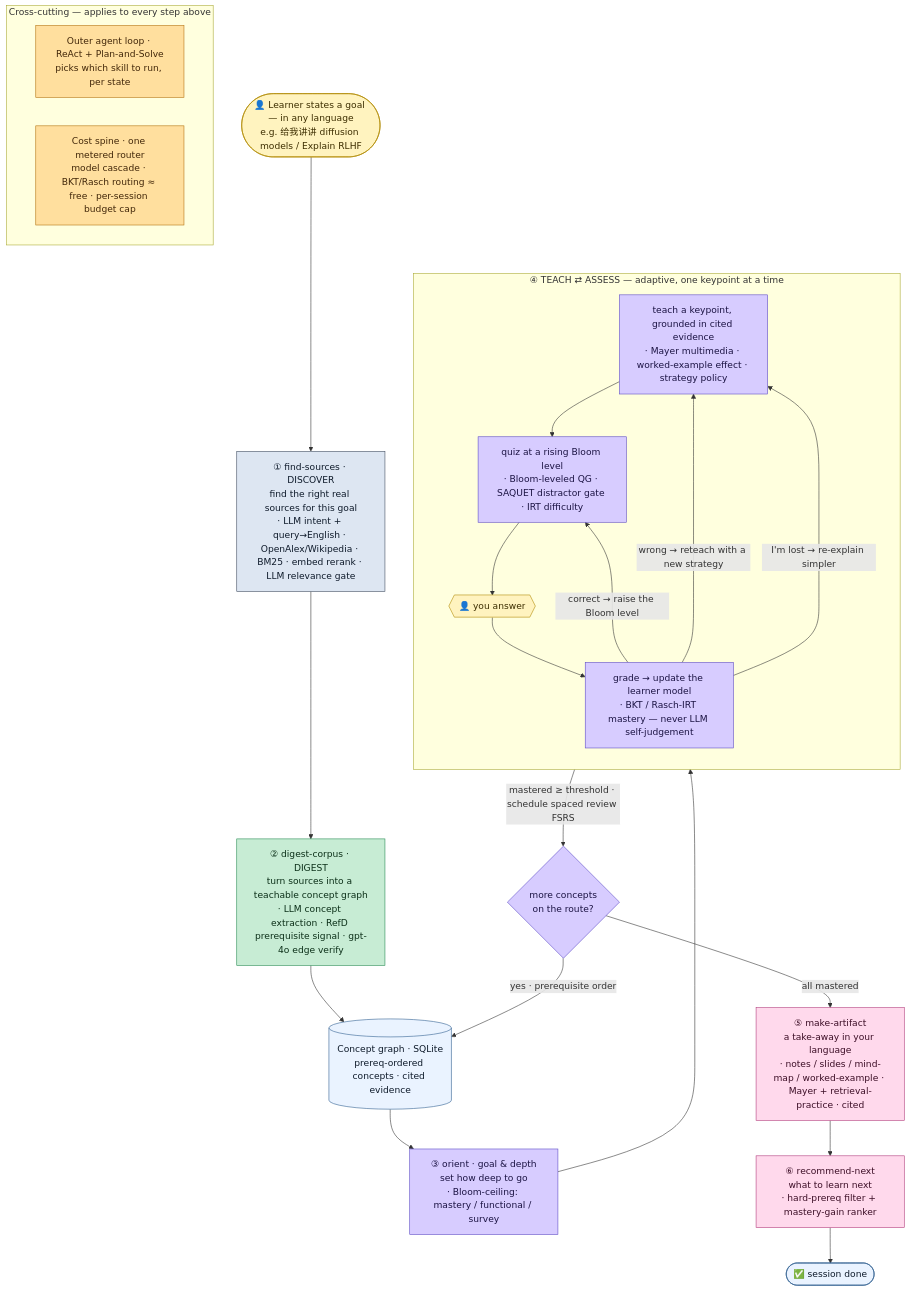
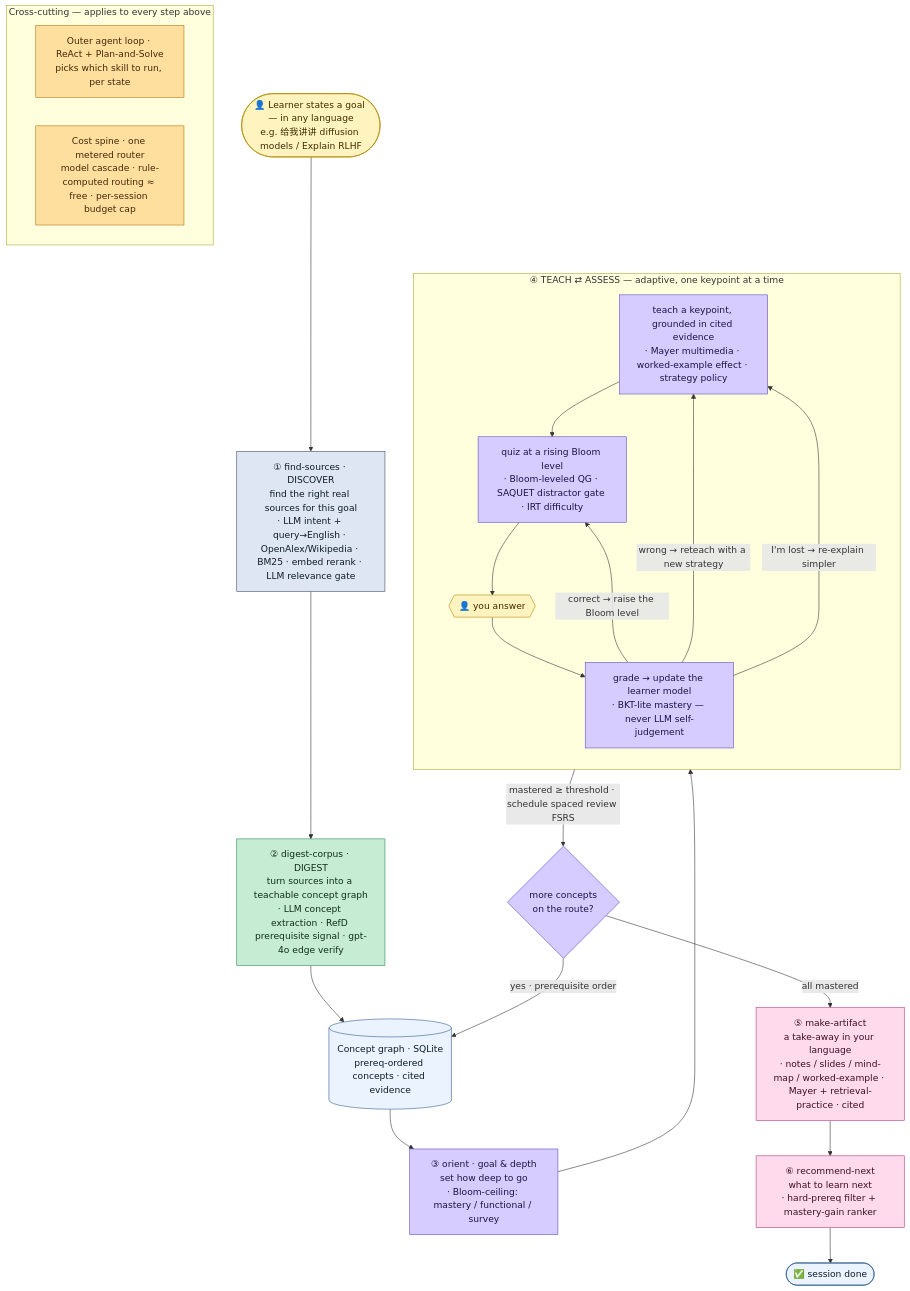
Before and after one commit to The-Architect-3906/LitNavigator: the diagram in docs/RESEARCH-AND-SPEC.md, drawn with Mermaid. The commit also changed other lines of this file and 3 other files, not shown here.

````diff
--- a/docs/RESEARCH-AND-SPEC.md
+++ b/docs/RESEARCH-AND-SPEC.md
@@ -58,46 +58,46 @@
 ```mermaid
 flowchart TD
     U(["👤 Learner states a goal — in any language<br/>e.g. 给我讲讲 diffusion models / Explain RLHF"])
 
     U --> S1["① find-sources · DISCOVER<br/>find the right real sources for this goal<br/>· LLM intent + query→English · OpenAlex/Wikipedia · BM25 · embed rerank · LLM relevance gate"]
     S1 --> S2["② digest-corpus · DIGEST<br/>turn sources into a teachable concept graph<br/>· LLM concept extraction · RefD prerequisite signal · gpt-4o edge verify"]
     S2 --> CG[("Concept graph · SQLite<br/>prereq-ordered concepts · cited evidence")]
     CG --> S3["③ orient · goal & depth<br/>set how deep to go<br/>· Bloom-ceiling: mastery / functional / survey"]
 
     S3 --> LOOP
     subgraph LOOP ["④ TEACH ⇄ ASSESS — adaptive, one keypoint at a time"]
       direction TB
       T["teach a keypoint, grounded in cited evidence<br/>· Mayer multimedia · worked-example effect · strategy policy"]
       Q["quiz at a rising Bloom level<br/>· Bloom-leveled QG · SAQUET distractor gate · IRT difficulty"]
       A{{"👤 you answer"}}
-      G["grade → update the learner model<br/>· BKT / Rasch-IRT mastery — never LLM self-judgement"]
+      G["grade → update the learner model<br/>· BKT-lite mastery — never LLM self-judgement"]
       T --> Q --> A --> G
       G -->|wrong → reteach with a new strategy| T
       G -->|"I'm lost → re-explain simpler"| T
       G -->|correct → raise the Bloom level| Q
     end
     LOOP -->|mastered ≥ threshold · schedule spaced review FSRS| NX{more concepts<br/>on the route?}
     NX -->|yes · prerequisite order| CG
     NX -->|all mastered| S5
 
     S5["⑤ make-artifact<br/>a take-away in your language<br/>· notes / slides / mind-map / worked-example · Mayer + retrieval-practice · cited"]
     S5 --> S6["⑥ recommend-next<br/>what to learn next<br/>· hard-prereq filter + mastery-gain ranker"]
     S6 --> DONE(["✅ session done"])
 
     subgraph X ["Cross-cutting — applies to every step above"]
       direction LR
       OL["Outer agent loop · ReAct + Plan-and-Solve<br/>picks which skill to run, per state"]
-      CS["Cost spine · one metered router<br/>model cascade · BKT/Rasch routing ≈ free · per-session budget cap"]
+      CS["Cost spine · one metered router<br/>model cascade · rule-computed routing ≈ free · per-session budget cap"]
     end
 
     classDef disc fill:#dde6f2,stroke:#3f4b5e,color:#0f1b2b;
     classDef dig fill:#c7ecd4,stroke:#258a51,color:#0c3019;
     classDef teach fill:#d7ccff,stroke:#5b49c4,color:#1c1444;
     classDef art fill:#ffd9ec,stroke:#b03a7a,color:#3d0f27;
     classDef store fill:#eaf3ff,stroke:#2d5d8f,color:#0f1b2b;
     classDef spine fill:#ffdf9e,stroke:#b3700d,color:#43280a;
     classDef user fill:#fff3bf,stroke:#b08900,color:#3d2e00;
     class U,A user; class S1 disc; class S2 dig; class CG,DONE store;
     class S3,T,Q,G teach; class NX teach; class S5,S6 art;
     class OL,CS spine;
 ```
````
